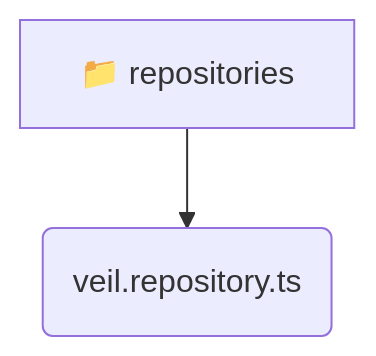
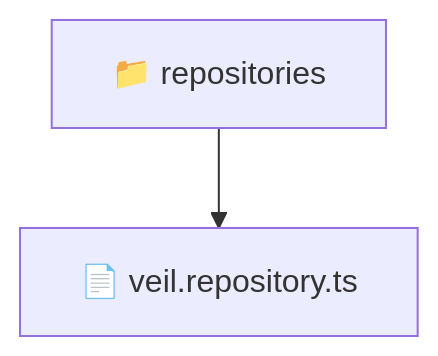
Before and after one commit to beginwebdev2002/fullstack-mavluda: the diagram in backend/src/modules/veil/infrastructure/repositories/README.md, drawn with Mermaid. The commit also changed other lines of this file and 163 other files, not shown here.

````diff
--- a/backend/src/modules/veil/infrastructure/repositories/README.md
+++ b/backend/src/modules/veil/infrastructure/repositories/README.md
@@ -9,5 +10,5 @@
 ```mermaid
 graph TD
-  repositories[📁 repositories]
-  repositories --> repositories_veil_repository_ts(veil.repository.ts)
+  Root["📁 repositories"]
+  Root --> veilrepositoryts["📄 veil.repository.ts"]
 ```
````
